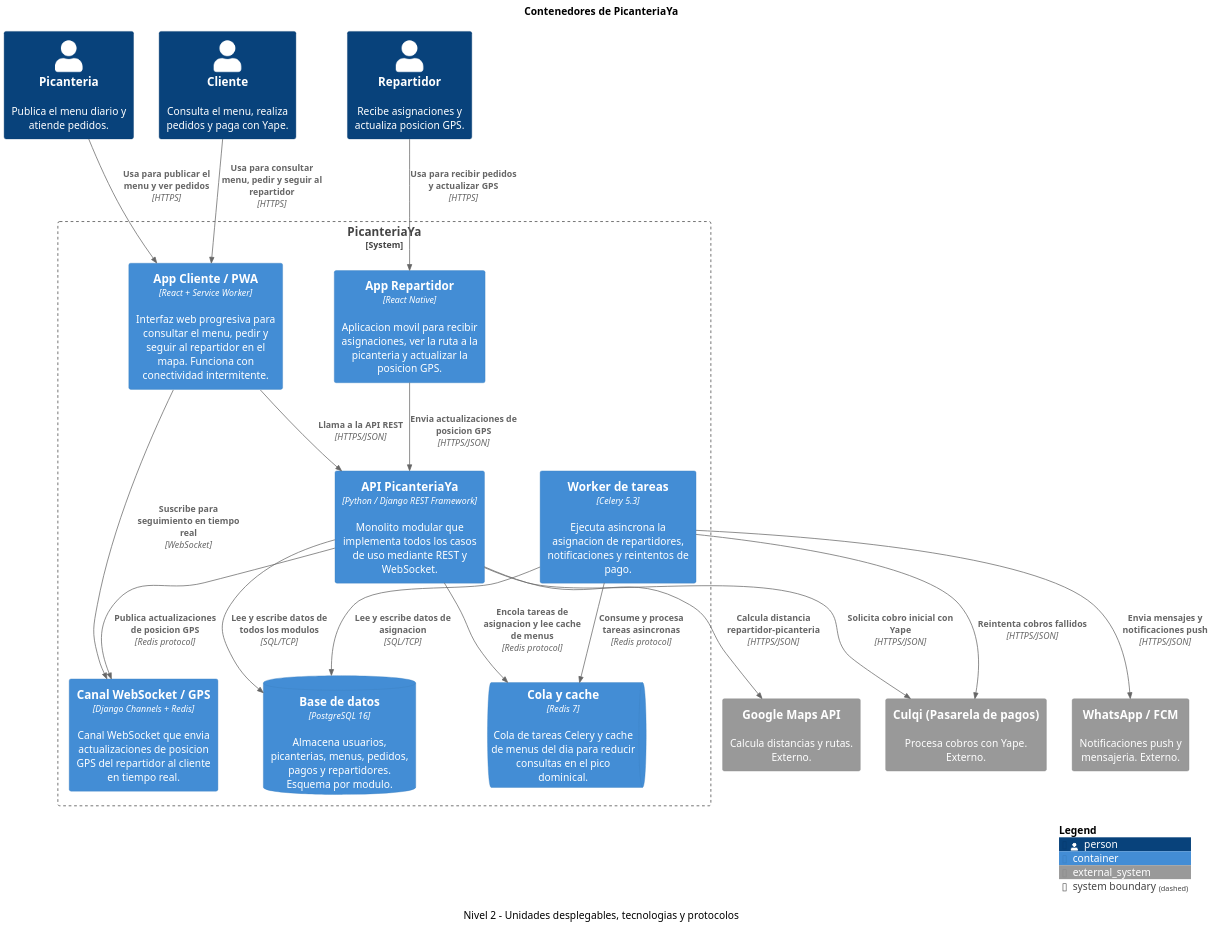
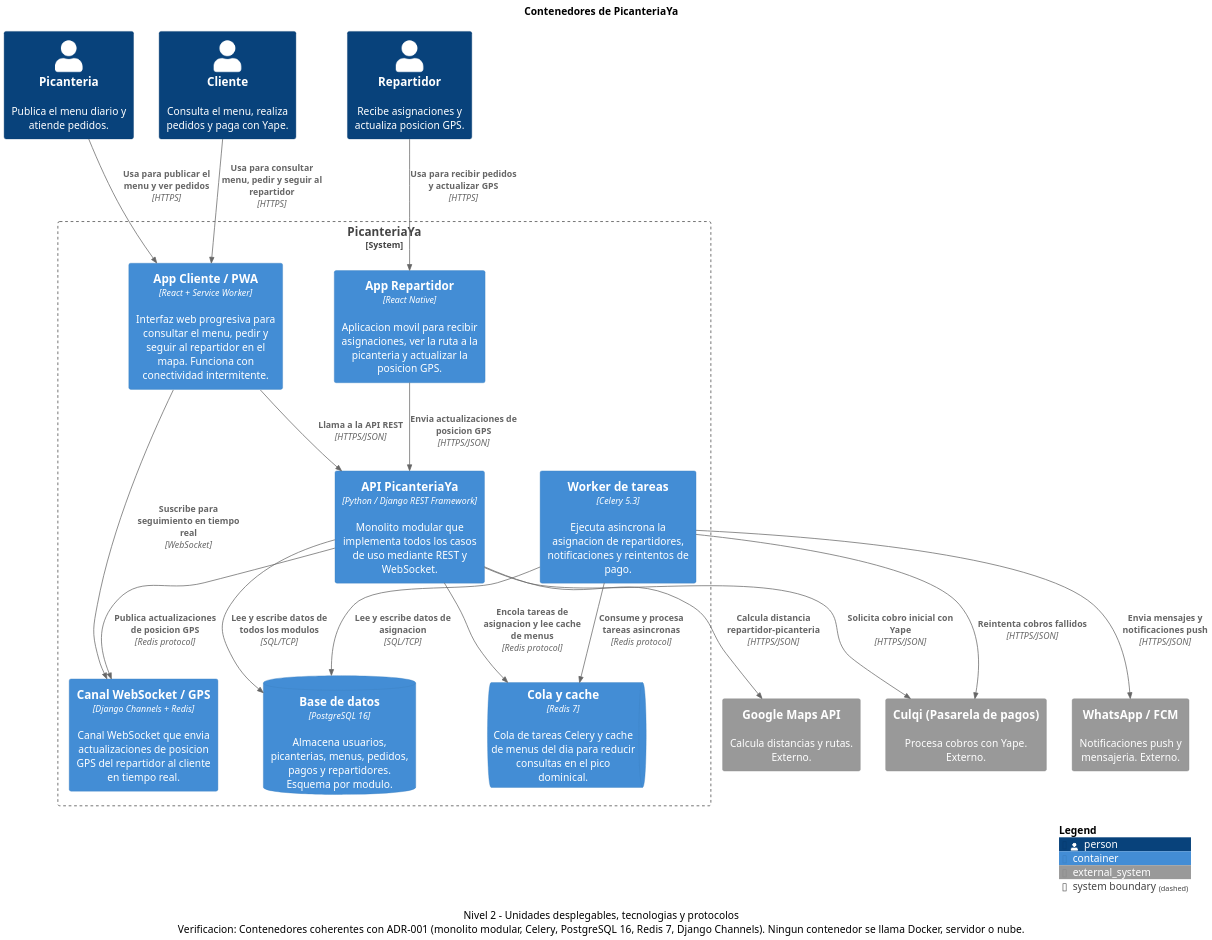
One commit to ChipanaGerman/cs-2026b-lab04-grupoXX changed the diagram in docs/architecture/c4/export/Contenedores.puml. Above: the diagram before and after it, drawn with PlantUML.

Commit message:
E2: contenedores C4 — 7 contenedores con tecnologia y protocolos coherentes con ADR-001

```diff
--- a/docs/architecture/c4/export/Contenedores.puml
+++ b/docs/architecture/c4/export/Contenedores.puml
@@ -1,43 +1,43 @@
 @startuml
 !include <C4/C4_Container>
 skinparam dpi 180
 
 title Contenedores de PicanteriaYa
-caption Nivel 2 - Unidades desplegables, tecnologias y protocolos
+caption Nivel 2 - Unidades desplegables, tecnologias y protocolos\nVerificacion: Contenedores coherentes con ADR-001 (monolito modular, Celery, PostgreSQL 16, Redis 7, Django Channels). Ningun contenedor se llama Docker, servidor o nube.
 
 Person(cliente, "Cliente", "Consulta el menu, realiza pedidos y paga con Yape.")
 Person(picanteria, "Picanteria", "Publica el menu diario y atiende pedidos.")
 Person(repartidor, "Repartidor", "Recibe asignaciones y actualiza posicion GPS.")
 
 System_Ext(culqi, "Culqi (Pasarela de pagos)", "Procesa cobros con Yape. Externo.")
 System_Ext(gmaps, "Google Maps API", "Calcula distancias y rutas. Externo.")
 System_Ext(notif, "WhatsApp / FCM", "Notificaciones push y mensajeria. Externo.")
 
 System_Boundary(pya, "PicanteriaYa") {
     Container(pwa, "App Cliente / PWA", "React + Service Worker", "Interfaz web progresiva para consultar el menu, pedir y seguir al repartidor en el mapa. Funciona con conectividad intermitente.")
     Container(appRepartidor, "App Repartidor", "React Native", "Aplicacion movil para recibir asignaciones, ver la ruta a la picanteria y actualizar la posicion GPS.")
     Container(api, "API PicanteriaYa", "Python / Django REST Framework", "Monolito modular que implementa todos los casos de uso mediante REST y WebSocket.")
     Container(worker, "Worker de tareas", "Celery 5.3", "Ejecuta asincrona la asignacion de repartidores, notificaciones y reintentos de pago.")
     ContainerDb(db, "Base de datos", "PostgreSQL 16", "Almacena usuarios, picanterias, menus, pedidos, pagos y repartidores. Esquema por modulo.")
     ContainerQueue(cola, "Cola y cache", "Redis 7", "Cola de tareas Celery y cache de menus del dia para reducir consultas en el pico dominical.")
     Container(wsGPS, "Canal WebSocket / GPS", "Django Channels + Redis", "Canal WebSocket que envia actualizaciones de posicion GPS del repartidor al cliente en tiempo real.")
 }
 
 Rel(cliente, pwa, "Usa para consultar menu, pedir y seguir al repartidor", "HTTPS")
 Rel(picanteria, pwa, "Usa para publicar el menu y ver pedidos", "HTTPS")
 Rel(repartidor, appRepartidor, "Usa para recibir pedidos y actualizar GPS", "HTTPS")
 Rel(pwa, api, "Llama a la API REST", "HTTPS/JSON")
 Rel(appRepartidor, api, "Envia actualizaciones de posicion GPS", "HTTPS/JSON")
 Rel(pwa, wsGPS, "Suscribe para seguimiento en tiempo real", "WebSocket")
 Rel(api, db, "Lee y escribe datos de todos los modulos", "SQL/TCP")
 Rel(api, cola, "Encola tareas de asignacion y lee cache de menus", "Redis protocol")
 Rel(api, wsGPS, "Publica actualizaciones de posicion GPS", "Redis protocol")
 Rel(api, culqi, "Solicita cobro inicial con Yape", "HTTPS/JSON")
 Rel(api, gmaps, "Calcula distancia repartidor-picanteria", "HTTPS/JSON")
 Rel(worker, cola, "Consume y procesa tareas asincronas", "Redis protocol")
 Rel(worker, db, "Lee y escribe datos de asignacion", "SQL/TCP")
 Rel(worker, culqi, "Reintenta cobros fallidos", "HTTPS/JSON")
 Rel(worker, notif, "Envia mensajes y notificaciones push", "HTTPS/JSON")
 
 SHOW_LEGEND()
 @enduml
```
